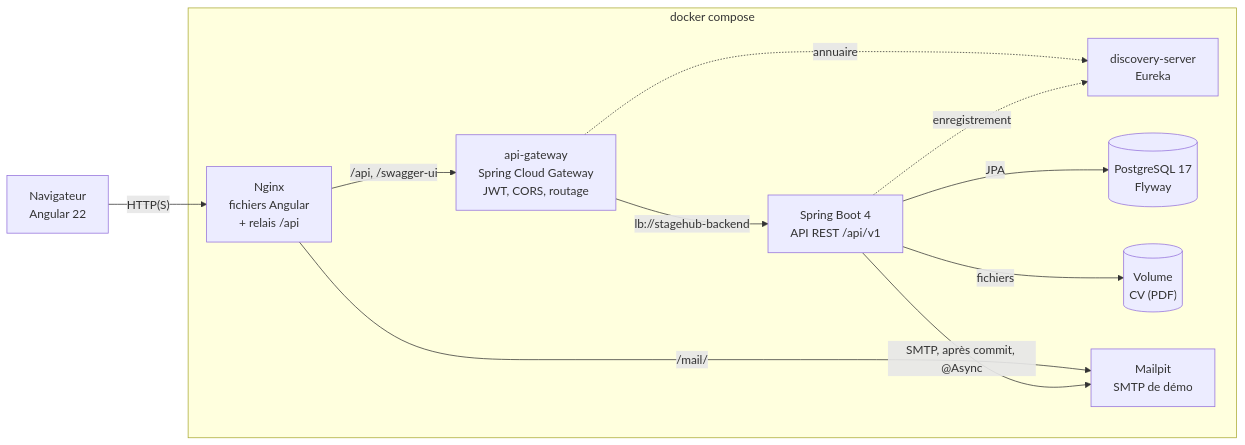
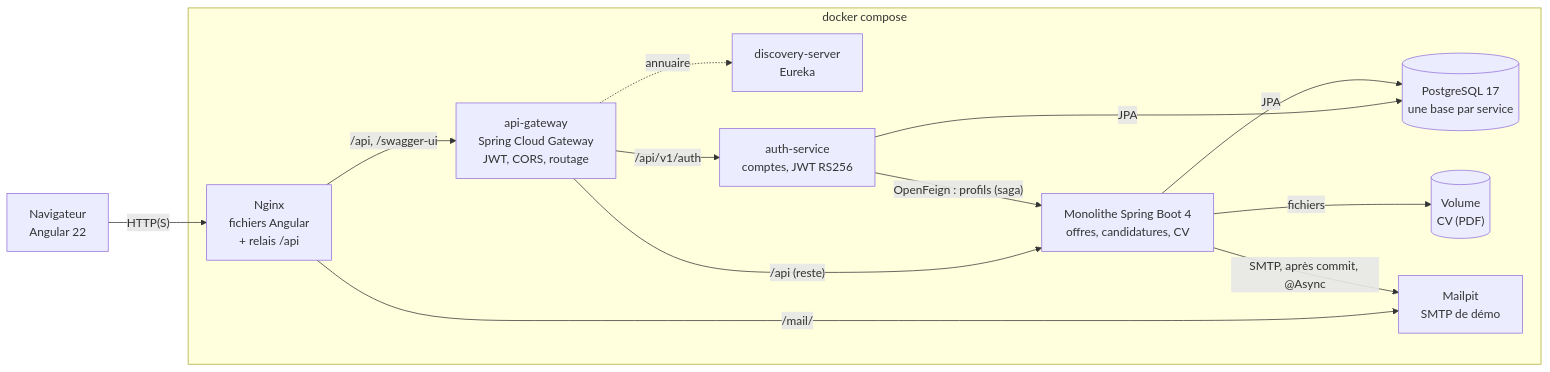
The diagram in README.md (zakaech/stagehub), drawn with Mermaid before and after one commit. The commit also changed other lines of this file and 2 other files, not shown here.

Commit message:
docs: décrit auth-service, RS256, la saga d'inscription et le demo-seeder (phase 7, sous-étape b)

````diff
--- a/README.md
+++ b/README.md
@@ -119,22 +123,25 @@
 ```mermaid
 flowchart LR
     navigateur["Navigateur<br/>Angular 22"]
     subgraph docker["docker compose"]
         nginx["Nginx<br/>fichiers Angular<br/>+ relais /api"]
         gateway["api-gateway<br/>Spring Cloud Gateway<br/>JWT, CORS, routage"]
         eureka["discovery-server<br/>Eureka"]
-        backend["Spring Boot 4<br/>API REST /api/v1"]
-        postgres[("PostgreSQL 17<br/>Flyway")]
+        auth["auth-service<br/>comptes, JWT RS256"]
+        backend["Monolithe Spring Boot 4<br/>offres, candidatures, CV"]
+        postgres[("PostgreSQL 17<br/>une base par service")]
         cv[("Volume<br/>CV (PDF)")]
         mailpit["Mailpit<br/>SMTP de démo"]
     end
     navigateur -- "HTTP(S)" --> nginx
     nginx -- "/api, /swagger-ui" --> gateway
-    gateway -- "lb://stagehub-backend" --> backend
+    gateway -- "/api/v1/auth" --> auth
+    gateway -- "/api (reste)" --> backend
+    auth -- "OpenFeign : profils (saga)" --> backend
     gateway -. "annuaire" .-> eureka
-    backend -. "enregistrement" .-> eureka
+    auth -- "JPA" --> postgres
     nginx -- "/mail/" --> mailpit
     backend -- "JPA" --> postgres
     backend -- "fichiers" --> cv
     backend -- "SMTP, après commit, @Async" --> mailpit
 ```
````
